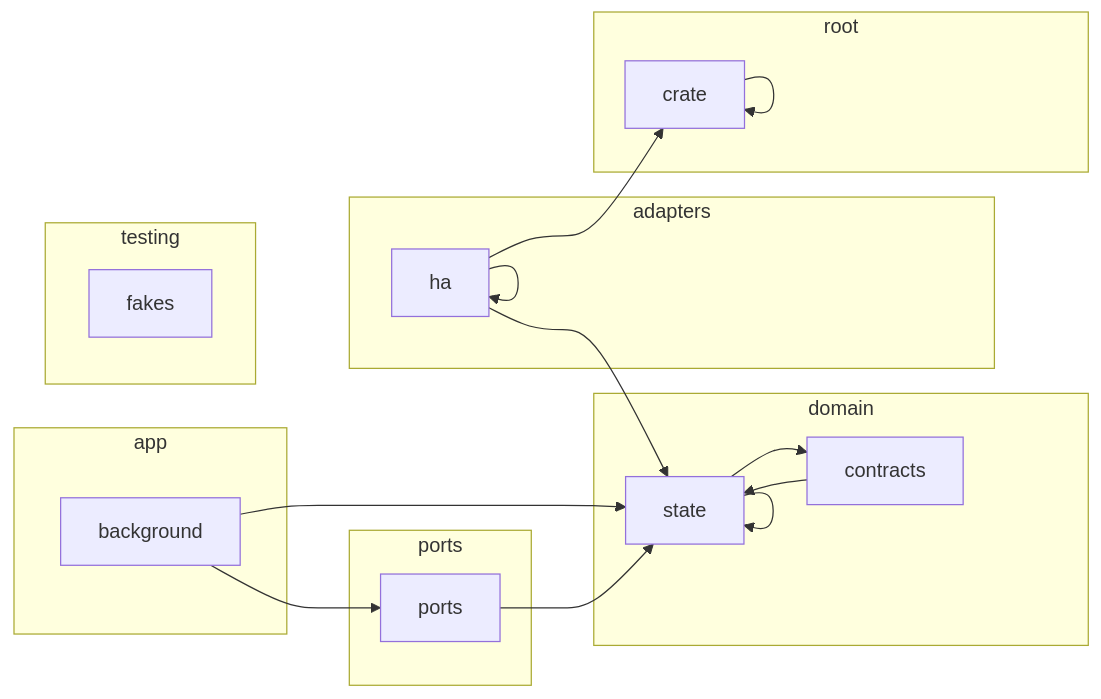
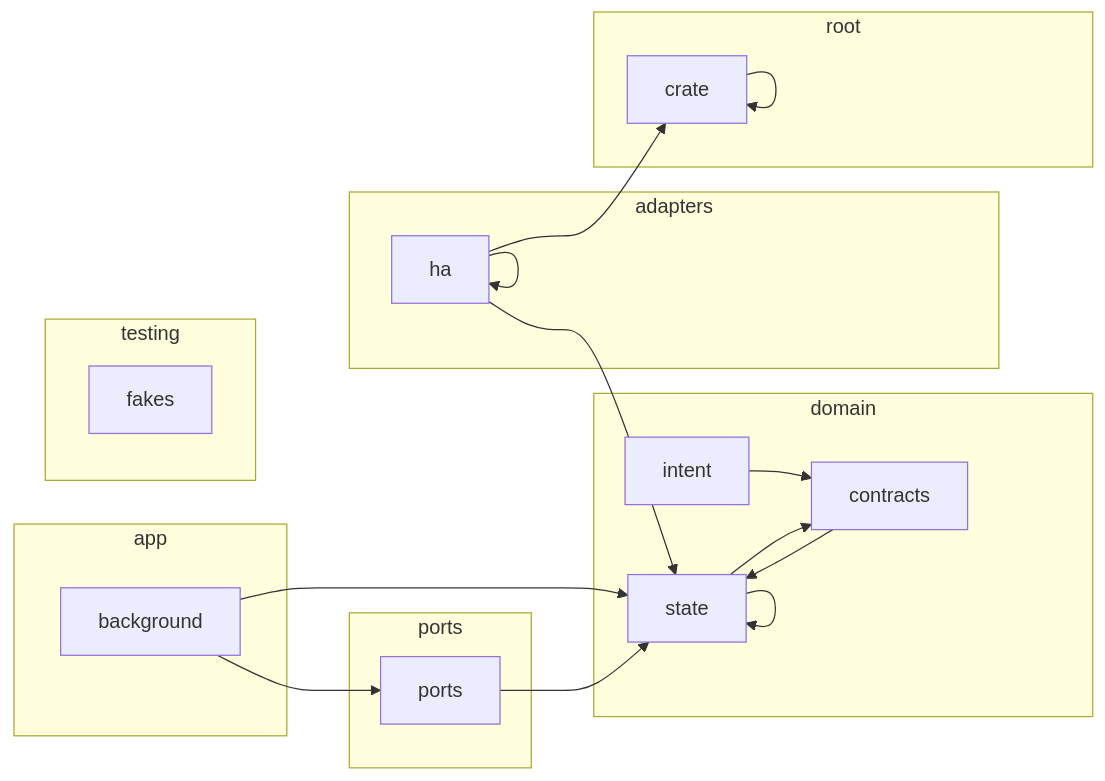
The diagram in docs/architecture.md (louislang/ha-jarvis), drawn with Mermaid before and after one commit.

Commit message:
Update the architecture diagram
CI regenerated docs/architecture.md from main.

````diff
--- a/docs/architecture.md
+++ b/docs/architecture.md
@@ -5,32 +5,34 @@
 ```mermaid
 flowchart LR
     subgraph adapters
         crate_adapters_ha[ha]
     end
     subgraph app
         crate_app_background[background]
     end
     subgraph domain
         crate_domain_contracts[contracts]
+        crate_domain_intent[intent]
         crate_domain_state[state]
     end
     subgraph ports
         crate_ports[ports]
     end
     subgraph root
         crate[crate]
     end
     subgraph testing
         crate_testing_fakes[fakes]
     end
     crate --> crate
     crate_adapters_ha --> crate
     crate_adapters_ha --> crate_adapters_ha
     crate_adapters_ha --> crate_domain_state
     crate_app_background --> crate_domain_state
     crate_app_background --> crate_ports
     crate_domain_contracts --> crate_domain_state
+    crate_domain_intent --> crate_domain_contracts
     crate_domain_state --> crate_domain_contracts
     crate_domain_state --> crate_domain_state
     crate_ports --> crate_domain_state
 ```
````
